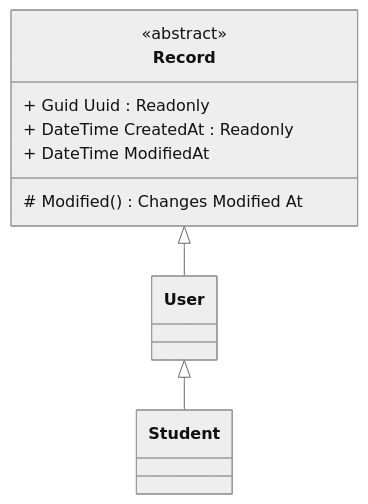
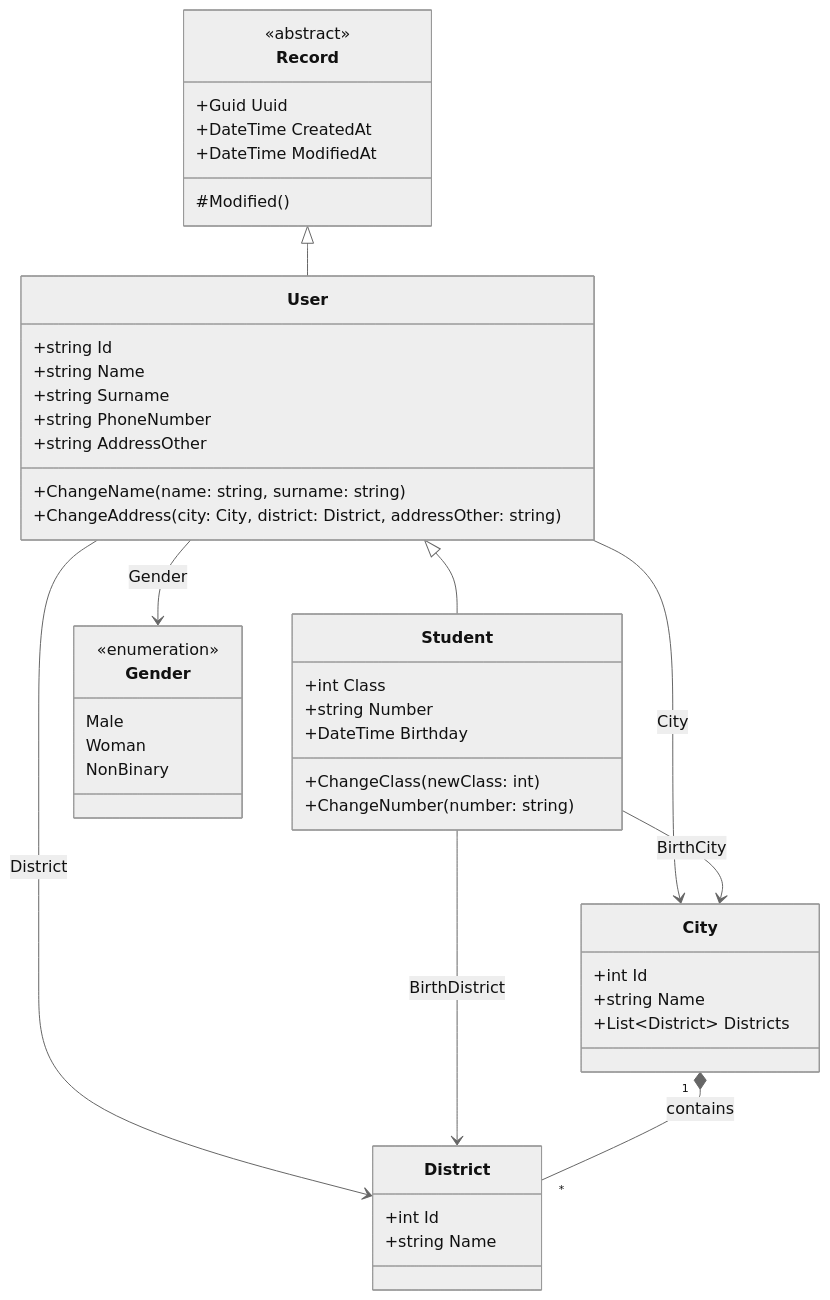
One commit to bulutbekdemir/ObjectOrientedProgramming changed the diagram in README.md. Above: the diagram before and after it, drawn with Mermaid (neutral theme). The commit also changed other lines of this file, not shown here.

Commit message:
docs: README.md mermaid diagram and disclaimers

````diff
--- a/README.md
+++ b/README.md
@@ -7,22 +7,59 @@
 ```mermaid
 classDiagram
     class Record {
         <<abstract>>
-        + Guid Uuid : Readonly
-        + DateTime CreatedAt : Readonly
-        + DateTime ModifiedAt 
-
-        # Modified()  Changes Modified At 
+        +Guid Uuid
+        +DateTime CreatedAt
+        +DateTime ModifiedAt
+        #Modified()
     }
 
     class User {
-        
+        +string Id
+        +string Name
+        +string Surname
+        +string PhoneNumber
+        +string AddressOther
+        +ChangeName(name: string, surname: string)
+        +ChangeAddress(city: City, district: District, addressOther: string)
     }
 
     class Student {
+        +int Class
+        +string Number
+        +DateTime Birthday
+        +ChangeClass(newClass: int)
+        +ChangeNumber(number: string)
+    }
 
+    class Gender {
+        <<enumeration>>
+        Male
+        Woman
+        NonBinary
+    }
+
+    class City {
+        +int Id
+        +string Name
+        +List~District~ Districts
+    }
+
+    class District {
+        +int Id
+        +string Name
     }
 
     Record <|-- User
-    User <|-- Student 
+    User <|-- Student
+    
+    User --> Gender : Gender
+    User --> City : City
+    User --> District : District
+    
+    Student --> City : BirthCity
+    Student --> District : BirthDistrict
+    
+    City "1" *-- "*" District : contains
+
 ```
````
